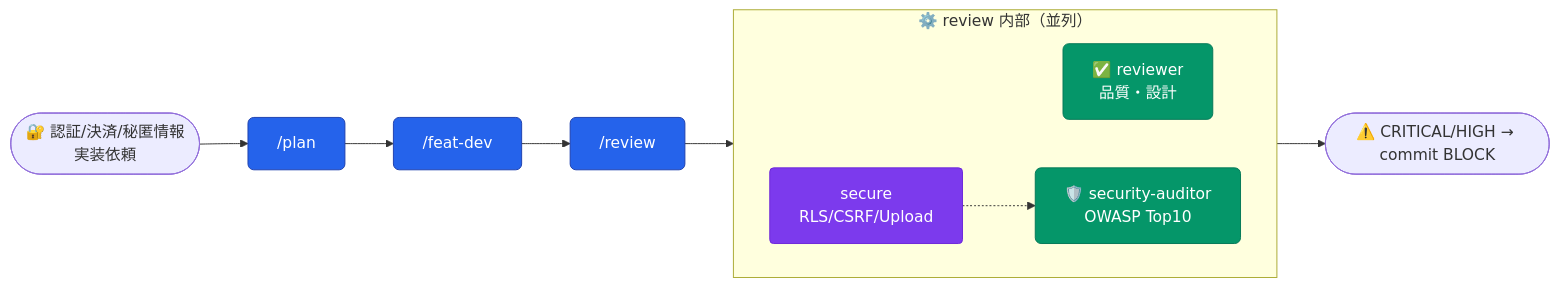
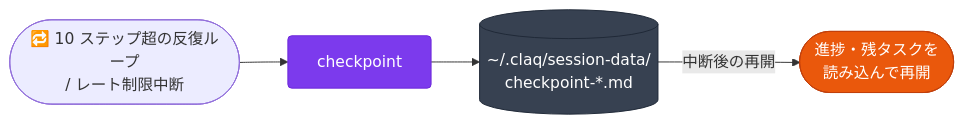
Before and after one commit to aokumablue/claq: diagram 15 of 19 in README.md, drawn with Mermaid. The commit also changed other lines of this file, not shown here.

````diff
--- a/README.md
+++ b/README.md
@@ -427,20 +638,10 @@
 ```mermaid
 flowchart LR
-  classDef cmd    fill:#2563eb,stroke:#1e40af,color:#fff,rx:6
-  classDef agent  fill:#059669,stroke:#047857,color:#fff,rx:6
+  classDef auto   fill:#ea580c,stroke:#c2410c,color:#fff,rx:4
   classDef skill  fill:#7c3aed,stroke:#6d28d9,color:#fff,rx:4
+  classDef store  fill:#374151,stroke:#1f2937,color:#fff,rx:4
 
-  U(["🔐 認証/決済/秘匿情報<br/>実装依頼"]) --> CP["/plan"]:::cmd
-  CP --> CF["/feat-dev"]:::cmd
-  CF --> CR["/review"]:::cmd
-
-  subgraph review["⚙️ review 内部（並列）"]
-    direction LR
-    AR["✅ reviewer<br/>品質・設計"]:::agent
-    AS["🛡️ security-auditor<br/>OWASP Top10"]:::agent
-    SS["secure<br/>RLS/CSRF/Upload"]:::skill -.-> AS
-  end
-
-  CR --> review
-  review --> NEXT(["⚠️ CRITICAL/HIGH → commit BLOCK"])
+  U(["🔁 10 ステップ超の反復ループ<br/>/ レート制限中断"]) --> CK["checkpoint"]:::skill
+  CK --> SAVE[("~/.claq/session-data/<br/>checkpoint-*.md")]:::store
+  SAVE -->|"中断後の再開"| RESUME(["進捗・残タスクを<br/>読み込んで再開"]):::auto
 ```
````
